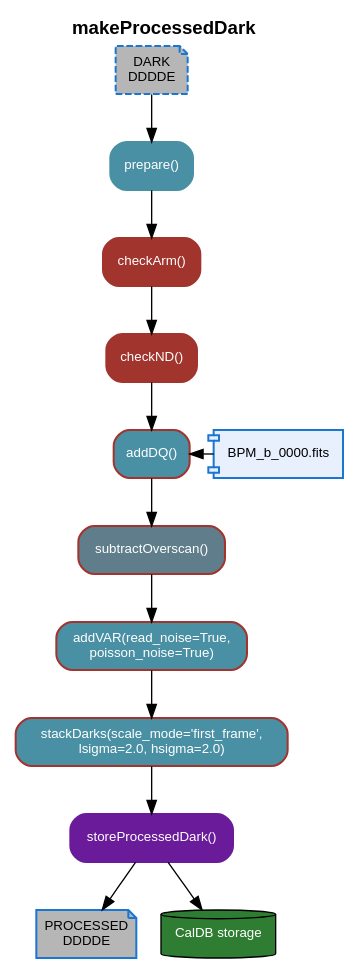
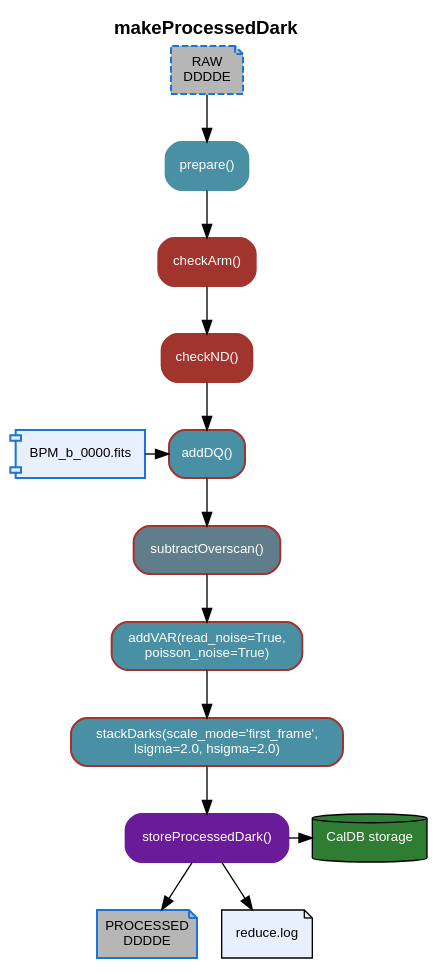
One commit to GeminiDRSoftware/MAROONXDR changed the diagram in doc/progmanuals/MAROONXDR_ProgManual/flows/makeProcessedDark.dot. Above: the diagram before and after it, drawn with Graphviz. The commit also changed 8 other files, not shown here.

Commit message:
added a couple more flow diagrams to to programmer manual

```diff
--- a/doc/progmanuals/MAROONXDR_ProgManual/flows/makeProcessedDark.dot
+++ b/doc/progmanuals/MAROONXDR_ProgManual/flows/makeProcessedDark.dot
@@ -1,86 +1,93 @@
 // Flow diagram for the `makeProcessedDark` recipe
 // (maroonxdr/maroonx/recipes/sq/recipes_DARK.py).
 //
 // Conventions follow flows/nodes.dot (the node catalog).
 
 digraph makeProcessedDark {
     rankdir=TB;
     fontname="Helvetica";
     labelloc="t";
     label=<<b>makeProcessedDark</b>>;
 
     node [fontname="Helvetica", fontsize=10,
           shape=box, style="rounded,filled",
           penwidth=1.5, fontcolor=white];
     edge [fontname="Helvetica", fontsize=9];
 
     // ---- Input: raw DARK per-arm (BLUE shown; RED symmetric) -------------
-    input [label="DARK\nDDDDE",
+    input [label="RAW\nDDDDE",
            shape=note, style="filled,dashed",
            fillcolor="#B6B6B6", fontcolor=black,
            color="#1976D2", penwidth=1.5];
 
     // ---- Primitive chain -------------------------------------------------
     // prepare: DRAGONS core, unchanged
     prepare [label="prepare()",
              fillcolor="#4A90A4", color="#4A90A4"];
 
     // checkArm: new in MAROONX
     checkArm [label="checkArm()",
               fillcolor="#A1342D", color="#A1342D"];
 
     // checkND: new in MAROONX
     checkND [label="checkND()",
              fillcolor="#A1342D", color="#A1342D"];
 
     // addDQ: defined in core.primitives_standardize, overridden in MAROONX
     addDQ [label="addDQ()",
            fillcolor="#4A90A4", color="#A1342D"];
 
     // BPM lookup consumed by addDQ (BLUE arm shown)
     bpm [label="BPM_b_0000.fits",
          shape=component, style=filled,
          fillcolor="#e8f0fe", fontcolor=black,
          color="#1976D2", penwidth=1.5];
 
     // subtractOverscan: defined in core.primitives_ccd, overridden in MAROONX
     subtractOverscan [label="subtractOverscan()",
                       fillcolor="#607d8b", color="#A1342D"];
 
     // addVAR: defined in core.primitives_standardize, overridden in MAROONX
     addVAR [label="addVAR(read_noise=True,\npoisson_noise=True)",
             fillcolor="#4A90A4", color="#A1342D"];
 
     // stackDarks: defined in core.primitives_stack, overridden in MAROONX
     stackDarks [label="stackDarks(scale_mode='first_frame',\nlsigma=2.0, hsigma=2.0)",
                 fillcolor="#4A90A4", color="#A1342D"];
 
     // storeProcessedDark: DRAGONS CalibDB core, unchanged
     storeProcessedDark [label="storeProcessedDark()",
                         fillcolor="#6a1b9a", color="#6a1b9a"];
 
     // ---- Outputs: per-arm processed dark + CalDB registration -----------
     output [label="PROCESSED\nDDDDE",
             shape=note, style=filled,
             fillcolor="#B6B6B6", fontcolor=black,
             color="#1976D2", penwidth=1.5];
 
+    log [label="reduce.log",
+         shape=note, style=filled,
+         fillcolor="#e8f0fe", fontcolor=black,
+         color=black, penwidth=1];
+
     caldb [label="CalDB storage",
            shape=cylinder, style=filled,
            fillcolor="#2E7D32", fontcolor=white,
            color=black, penwidth=1];
 
     // ---- Edges -----------------------------------------------------------
     input              -> prepare;
     prepare            -> checkArm;
     checkArm           -> checkND;
     checkND            -> addDQ;
-    { rank=same; addDQ; bpm; }
-    addDQ -> bpm [dir=back];
+    { rank=same; bpm; addDQ; }
+    bpm -> addDQ;
     addDQ              -> subtractOverscan;
     subtractOverscan   -> addVAR;
     addVAR             -> stackDarks;
     stackDarks         -> storeProcessedDark;
     storeProcessedDark -> output;
+    storeProcessedDark -> log;
+    { rank=same; storeProcessedDark; caldb; }
     storeProcessedDark -> caldb;
 }
```
